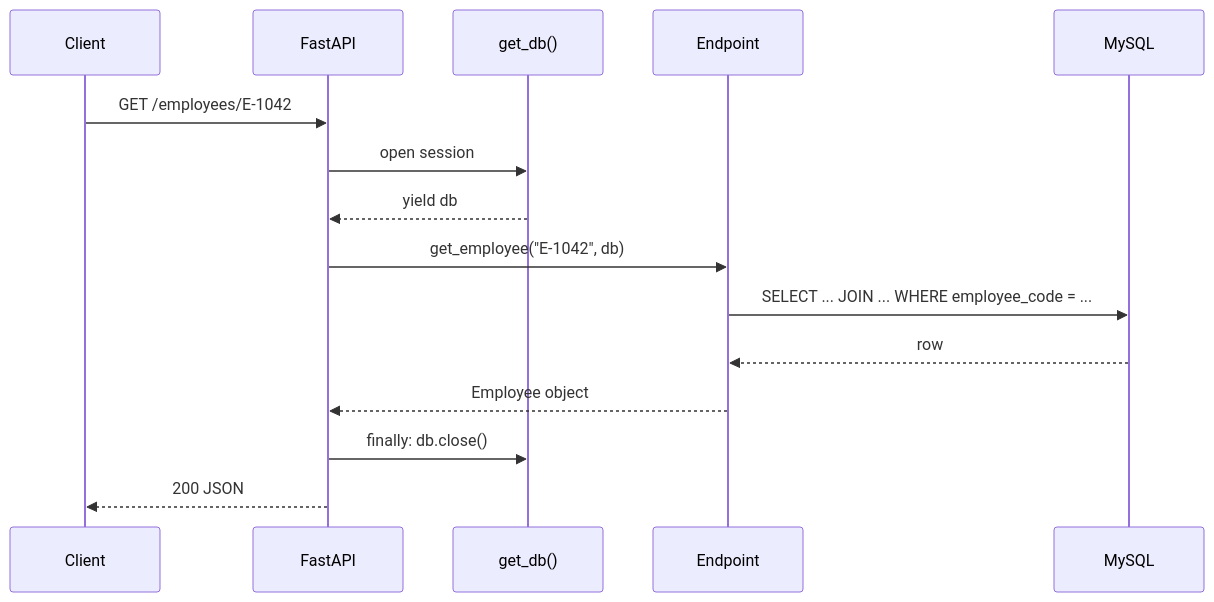
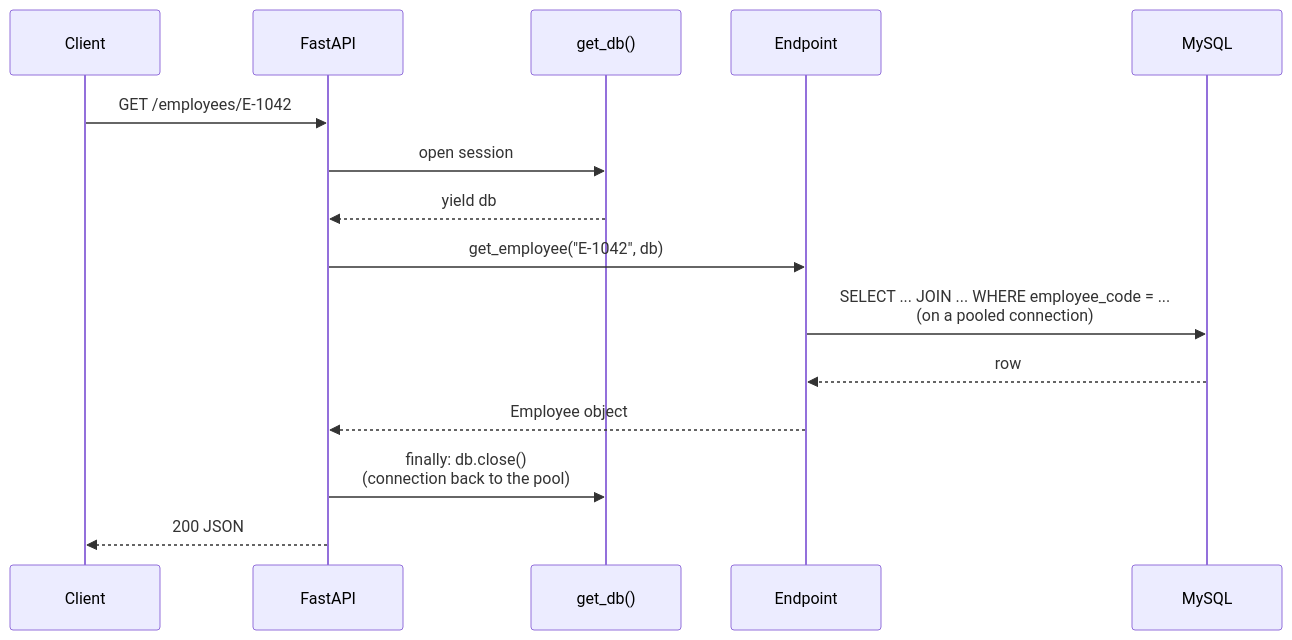
Before and after one commit to kyedumati/KASI-FULLSTACK-MATERIAL: the third of 3 diagrams in docs/python/fastapi/07-sqlalchemy-and-mysql.md, drawn with Mermaid. The commit also changed other lines of this file, not shown here.

First line of the commit message:
FastAPI lesson 07: four tables and connection pool settings

````diff
--- a/docs/python/fastapi/07-sqlalchemy-and-mysql.md
+++ b/docs/python/fastapi/07-sqlalchemy-and-mysql.md
@@ -545,17 +547,17 @@
 ```mermaid
 sequenceDiagram
   participant C as Client
   participant F as FastAPI
   participant G as get_db()
   participant E as Endpoint
   participant M as MySQL
   C->>F: GET /employees/E-1042
   F->>G: open session
   G-->>F: yield db
   F->>E: get_employee("E-1042", db)
-  E->>M: SELECT ... JOIN ... WHERE employee_code = ...
+  E->>M: SELECT ... JOIN ... WHERE employee_code = ...<br/>(on a pooled connection)
   M-->>E: row
   E-->>F: Employee object
-  F->>G: finally: db.close()
+  F->>G: finally: db.close()<br/>(connection back to the pool)
   F-->>C: 200 JSON
 ```
````
